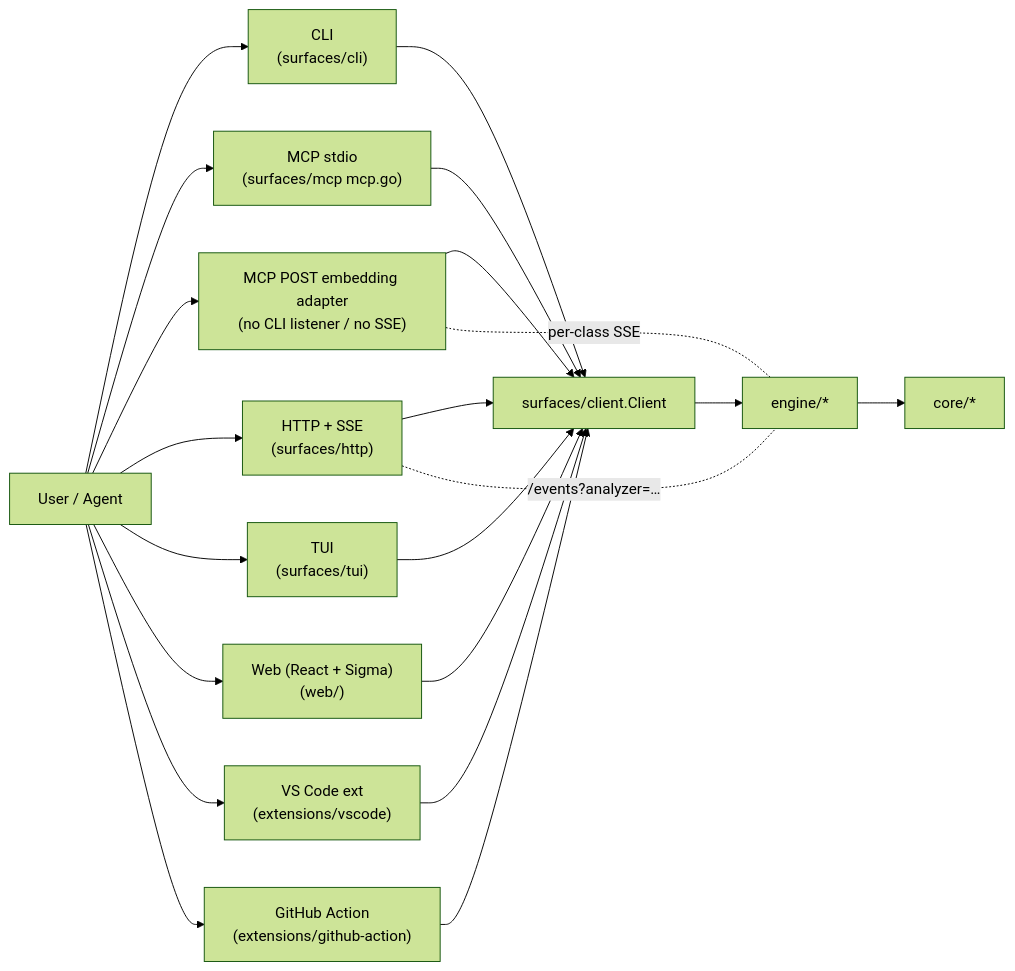
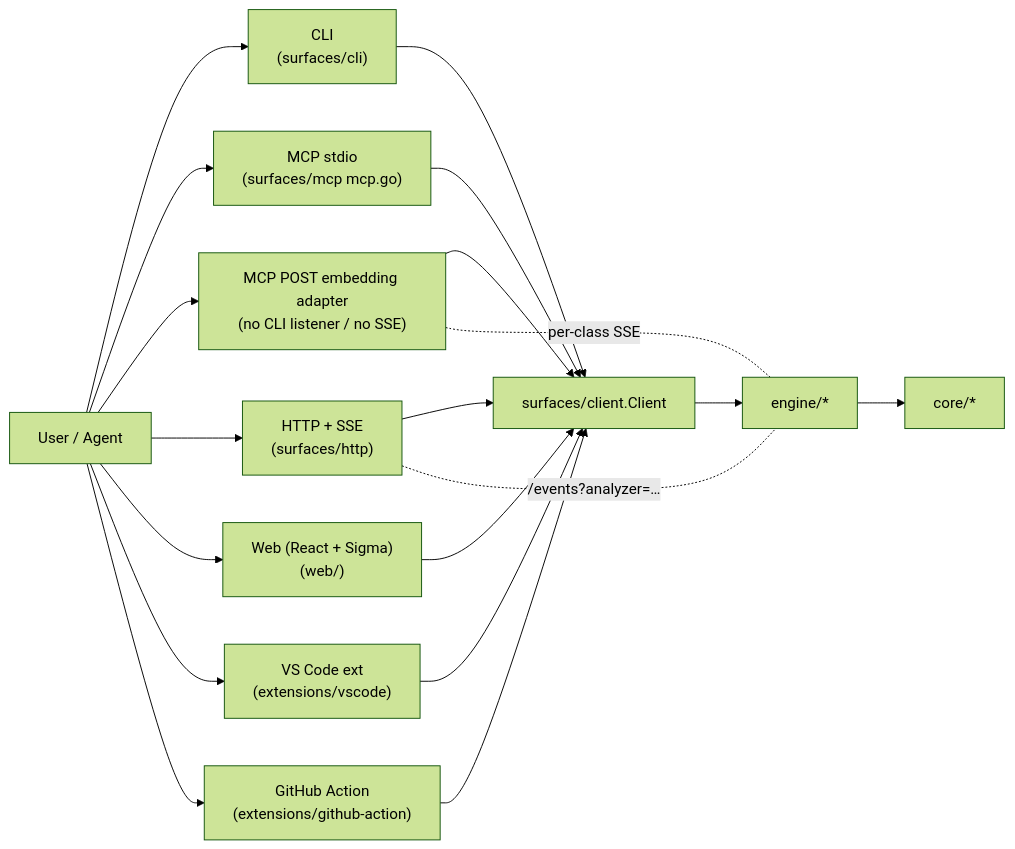
Before and after one commit to samibel/graphi: the third of 8 diagrams in docs/FEATURES.md, drawn with Mermaid (forest theme). The commit also changed other lines of this file and 14 other files, not shown here.

````diff
--- a/docs/FEATURES.md
+++ b/docs/FEATURES.md
@@ -113,24 +113,22 @@
 ```mermaid
 flowchart LR
   U["User / Agent"]
   U --> S1["CLI<br/>(surfaces/cli)"]
   U --> S2["MCP stdio<br/>(surfaces/mcp mcp.go)"]
   U --> S3["MCP POST embedding adapter<br/>(no CLI listener / no SSE)"]
   U --> S4["HTTP + SSE<br/>(surfaces/http)"]
-  U --> S5["TUI<br/>(surfaces/tui)"]
-  U --> S6["Web (React + Sigma)<br/>(web/)"]
-  U --> S7["VS Code ext<br/>(extensions/vscode)"]
-  U --> S8["GitHub Action<br/>(extensions/github-action)"]
+  U --> S5["Web (React + Sigma)<br/>(web/)"]
+  U --> S6["VS Code ext<br/>(extensions/vscode)"]
+  U --> S7["GitHub Action<br/>(extensions/github-action)"]
   S1 --> C["surfaces/client.Client"]
   S2 --> C
   S3 --> C
   S4 --> C
   S5 --> C
   S6 --> C
   S7 --> C
-  S8 --> C
   C --> E["engine/*"]
   E --> CORE["core/*"]
   S3 -. per-class SSE .- E
   S4 -. "/events?analyzer=…" .- E
 ```
````
